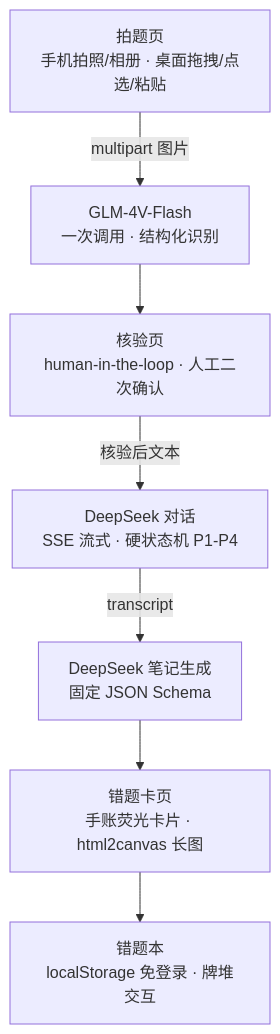
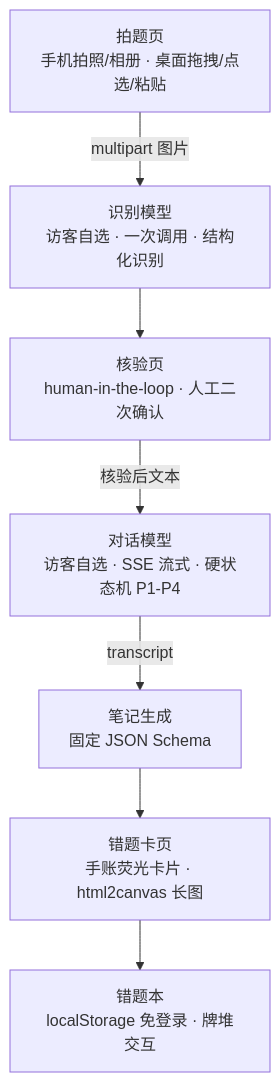
Before and after one commit to pmlpl/MistakeCoach: the diagram in README.md, drawn with Mermaid. The commit also changed other lines of this file, not shown here.

Commit message:
docs: README 同步 BYOK 通用模型选择（架构图/亮点5/技术栈/本地运行/部署说明）

````diff
--- a/README.md
+++ b/README.md
@@ -17,9 +17,9 @@
 ```mermaid
 flowchart TD
-    A[拍题页<br/>手机拍照/相册 · 桌面拖拽/点选/粘贴] -->|multipart 图片| B[GLM-4V-Flash<br/>一次调用 · 结构化识别]
+    A[拍题页<br/>手机拍照/相册 · 桌面拖拽/点选/粘贴] -->|multipart 图片| B[识别模型<br/>访客自选 · 一次调用 · 结构化识别]
     B --> C[核验页<br/>human-in-the-loop · 人工二次确认]
-    C -->|核验后文本| D[DeepSeek 对话<br/>SSE 流式 · 硬状态机 P1-P4]
-    D -->|transcript| E[DeepSeek 笔记生成<br/>固定 JSON Schema]
+    C -->|核验后文本| D[对话模型<br/>访客自选 · SSE 流式 · 硬状态机 P1-P4]
+    D -->|transcript| E[笔记生成<br/>固定 JSON Schema]
     E --> F[错题卡页<br/>手账荧光卡片 · html2canvas 长图]
     F --> G[错题本<br/>localStorage 免登录 · 牌堆交互]
 ```
````
